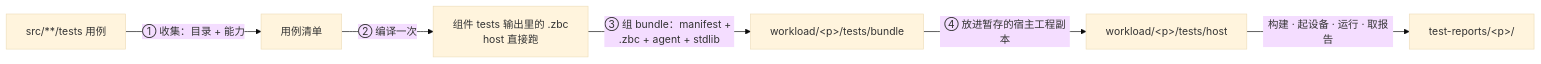
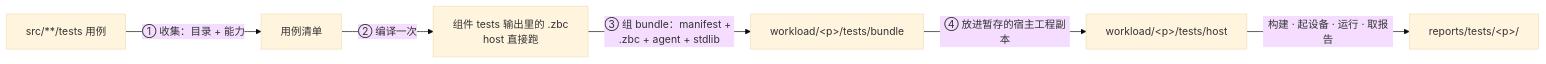
Before and after one commit to z42-lang/z42: the diagram in docs/internals/src/devinfra/test-layout.md, drawn with Mermaid (base theme). The commit also changed other lines of this file and 19 other files, not shown here.

````diff
--- a/docs/internals/src/devinfra/test-layout.md
+++ b/docs/internals/src/devinfra/test-layout.md
@@ -221,8 +221,8 @@
 ```mermaid
 flowchart LR
   S[src/**/tests 用例] -->|① 收集：目录 + 能力| C[用例清单]
   C -->|② 编译一次| Z[组件 tests 输出里的 .zbc<br/>host 直接跑]
   Z -->|③ 组 bundle：manifest + .zbc + agent + stdlib| B[workload/&lt;p&gt;/tests/bundle]
   B -->|④ 放进暂存的宿主工程副本| H[workload/&lt;p&gt;/tests/host]
-  H -->|构建 · 起设备 · 运行 · 取报告| R[test-reports/&lt;p&gt;/]
+  H -->|构建 · 起设备 · 运行 · 取报告| R[reports/tests/&lt;p&gt;/]
 ```
````
